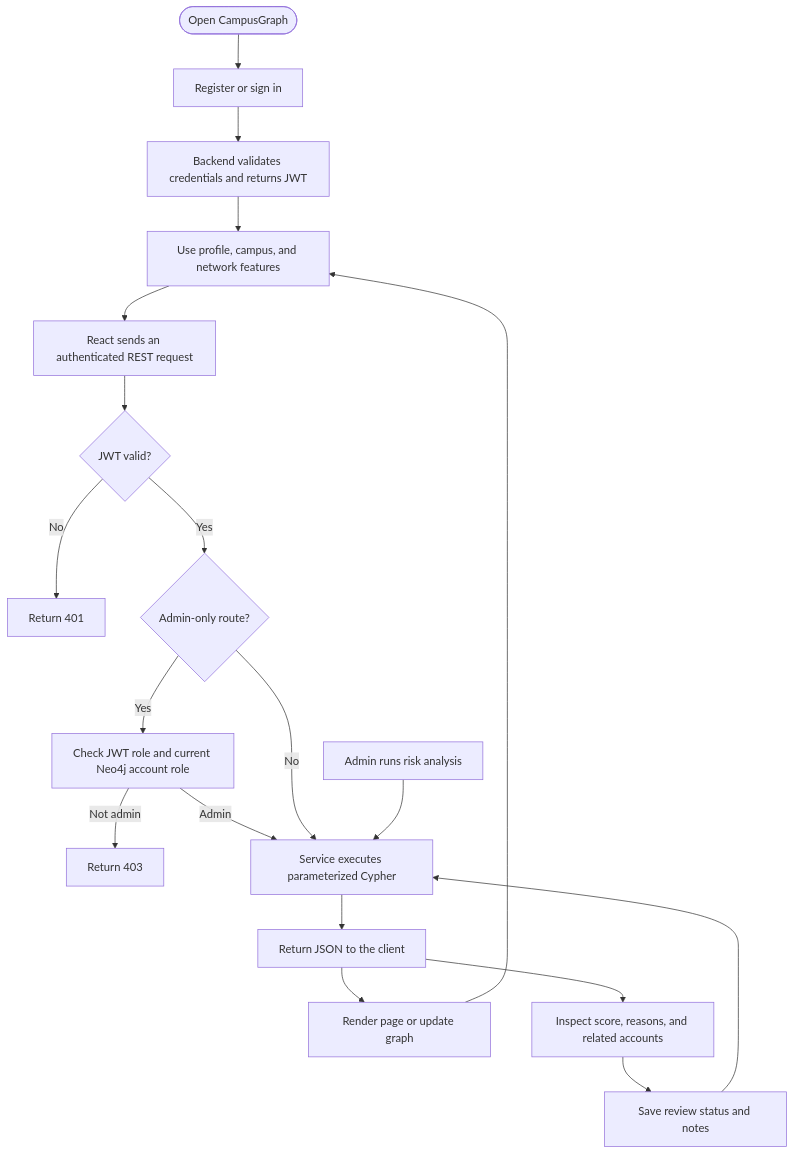
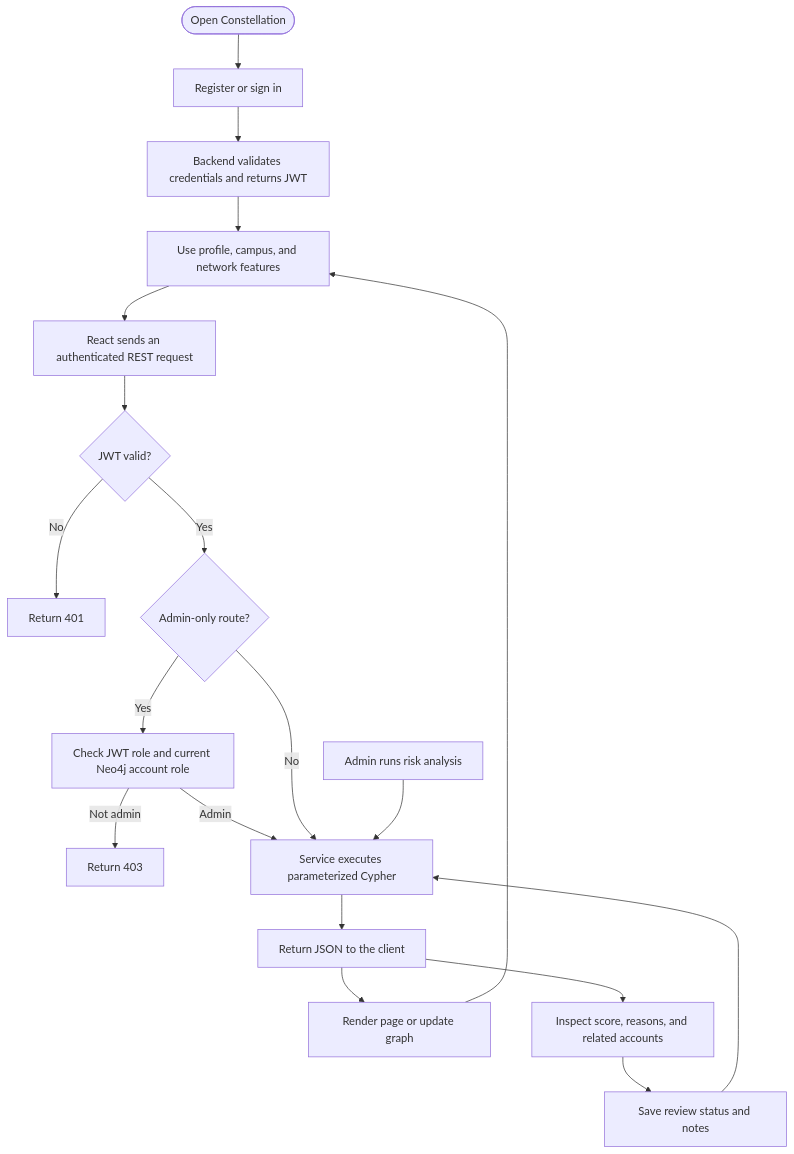
Before and after one commit to Kaninika20/Constellation: the third of 4 diagrams in README.md, drawn with Mermaid. The commit also changed other lines of this file and 27 other files, not shown here.

````diff
--- a/README.md
+++ b/README.md
@@ -89,22 +89,22 @@
 ```mermaid
 flowchart TD
-  Start([Open CampusGraph]) --> Login[Register or sign in]
+  Start([Open Constellation]) --> Login[Register or sign in]
   Login --> Token[Backend validates credentials and returns JWT]
   Token --> Browse[Use profile, campus, and network features]
   Browse --> Request[React sends an authenticated REST request]
   Request --> Auth{JWT valid?}
   Auth -->|No| Deny[Return 401]
   Auth -->|Yes| Role{Admin-only route?}
   Role -->|Yes| Verify[Check JWT role and current Neo4j account role]
   Verify -->|Not admin| DenyAdmin[Return 403]
   Verify -->|Admin| Query
   Role -->|No| Query[Service executes parameterized Cypher]
   Query --> Result[Return JSON to the client]
   Result --> Render[Render page or update graph]
   Render --> Browse
 
   AdminReview[Admin runs risk analysis] --> Query
   Result --> Review[Inspect score, reasons, and related accounts]
   Review --> Save[Save review status and notes]
   Save --> Query
 ```
````
